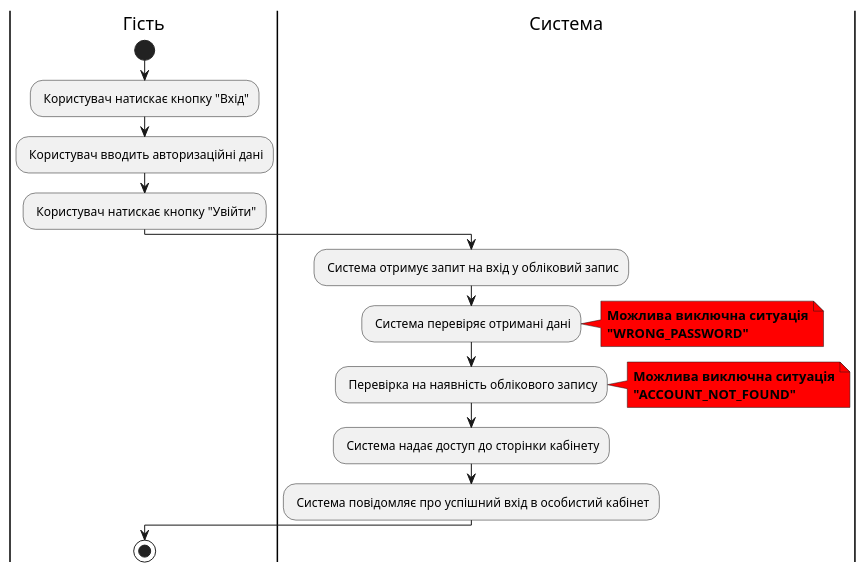
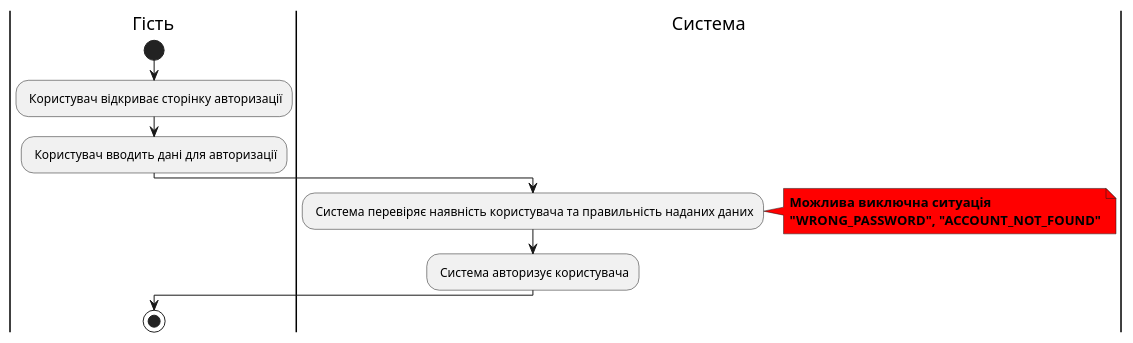
Before and after one commit to zhkcll/lab6: the sixth of 6 diagrams in docs/use_cases.md, drawn with PlantUML. The commit also changed other lines of this file, not shown here.

Commit message:
Corrected mistakes

````diff
--- a/docs/use_cases.md
+++ b/docs/use_cases.md
@@ -191,30 +182,21 @@
 ```plantuml
 @startuml
 
 |Гість|
 start
-: Користувач натискає кнопку "Вхід";
-: Користувач вводить авторизаційні дані;
-
-: Користувач натискає кнопку "Увійти";
+: Користувач відкриває сторінку авторизації;
+: Користувач вводить дані для авторизації;
 
 |Система|
-: Система отримує запит на вхід у обліковий запис;
-: Система перевіряє отримані дані;
+: Система перевіряє наявність користувача та правильність наданих даних;
 note right #ff0000
 <b>Можлива виключна ситуація</b>
-<b>"WRONG_PASSWORD"</b>
+<b>"WRONG_PASSWORD", "ACCOUNT_NOT_FOUND"</b>
 end note
-: Перевірка на наявність облікового запису;
-note right #ff0000
-<b>Можлива виключна ситуація</b>
-<b>"ACCOUNT_NOT_FOUND"</b>
-end note
-: Система надає доступ до сторінки кабінету;
-: Система повідомляє про успішний вхід в особистий кабінет;
+: Система авторизує користувача;
 
 |Гість|
 stop
 
 @enduml
 ```
````
